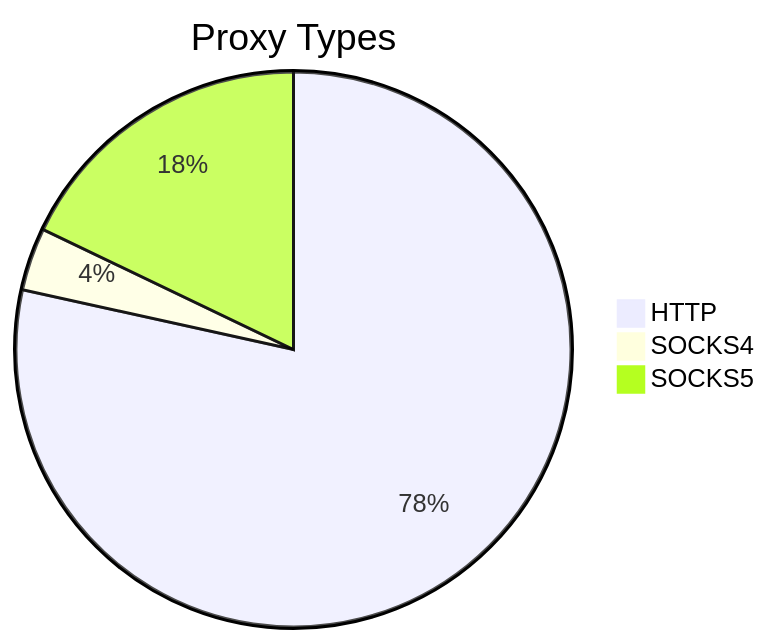
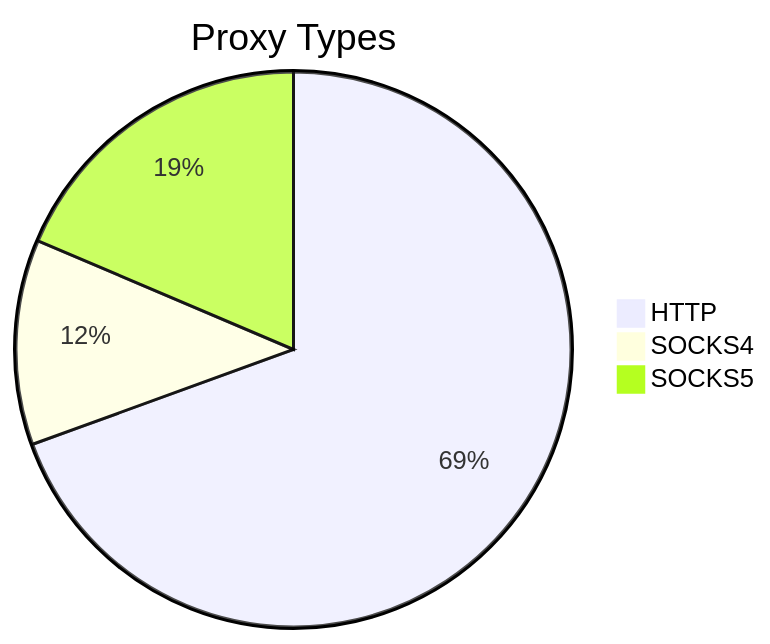
The first of 2 diagrams in README.md (stormsia/proxy-list), drawn with Mermaid before and after one commit. The commit also changed other lines of this file, not shown here.

````diff
--- a/README.md
+++ b/README.md
@@ -21,6 +21,6 @@
 ```mermaid
 pie title Proxy Types
-    "HTTP" : 193
-    "SOCKS4" : 9
-    "SOCKS5" : 44
+    "HTTP" : 407
+    "SOCKS4" : 70
+    "SOCKS5" : 109
 ```
````
